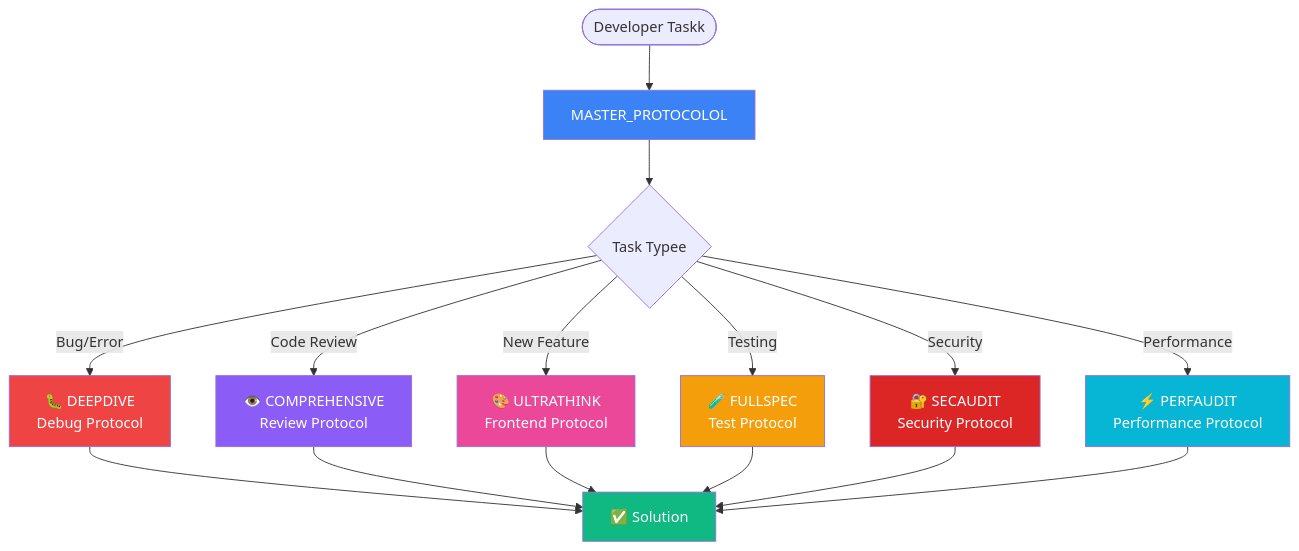
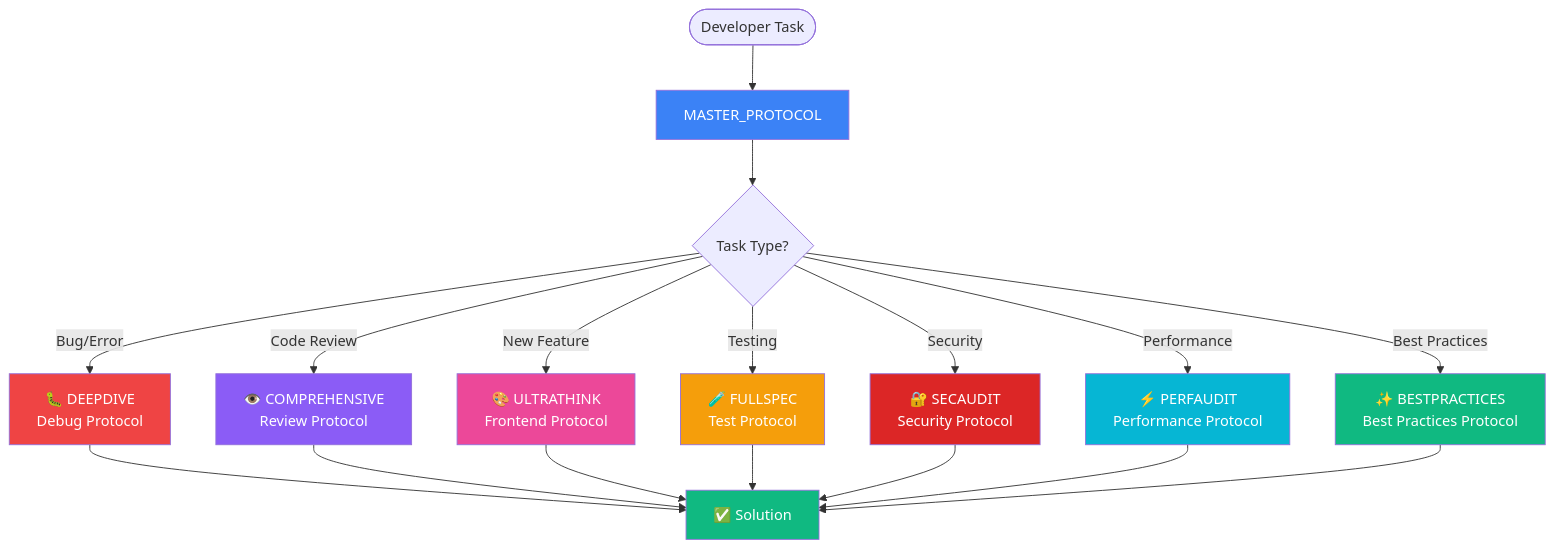
Before and after one commit to zeal422/ai-protocols-by-VectorMedia: the diagram in README.md, drawn with Mermaid. The commit also changed other lines of this file and 41 other files, not shown here.

Commit message:
new brain protocol, best practices protocol

````diff
--- a/README.md
+++ b/README.md
@@ -1,28 +1,31 @@
 ```mermaid
 graph TB
-    Start([Developer Taskk]) --> Master[MASTER_PROTOCOLOL]
-    Master --> Decision{Task Typee}
+    Start([Developer Task]) --> Master[MASTER_PROTOCOL]
+    Master --> Decision{Task Type?}
     
     Decision -->|Bug/Error| Debug[🐛 DEEPDIVE<br/>Debug Protocol]
     Decision -->|Code Review| Review[👁️ COMPREHENSIVE<br/>Review Protocol]
     Decision -->|New Feature| Design[🎨 ULTRATHINK<br/>Frontend Protocol]
     Decision -->|Testing| Test[🧪 FULLSPEC<br/>Test Protocol]
     Decision -->|Security| Sec[🔐 SECAUDIT<br/>Security Protocol]
     Decision -->|Performance| Perf[⚡ PERFAUDIT<br/>Performance Protocol]
+    Decision -->|Best Practices| Best[✨ BESTPRACTICES<br/>Best Practices Protocol]
     
     Debug --> Result[✅ Solution]
     Review --> Result
     Design --> Result
     Test --> Result
     Sec --> Result
     Perf --> Result
+    Best --> Result
     
     style Master fill:#3b82f6,color:#fff
     style Result fill:#10b981,color:#fff
     style Debug fill:#ef4444,color:#fff
     style Review fill:#8b5cf6,color:#fff
     style Design fill:#ec4899,color:#fff
     style Test fill:#f59e0b,color:#fff
     style Sec fill:#dc2626,color:#fff
     style Perf fill:#06b6d4,color:#fff
+    style Best fill:#10b981,color:#fff
 ```
````
